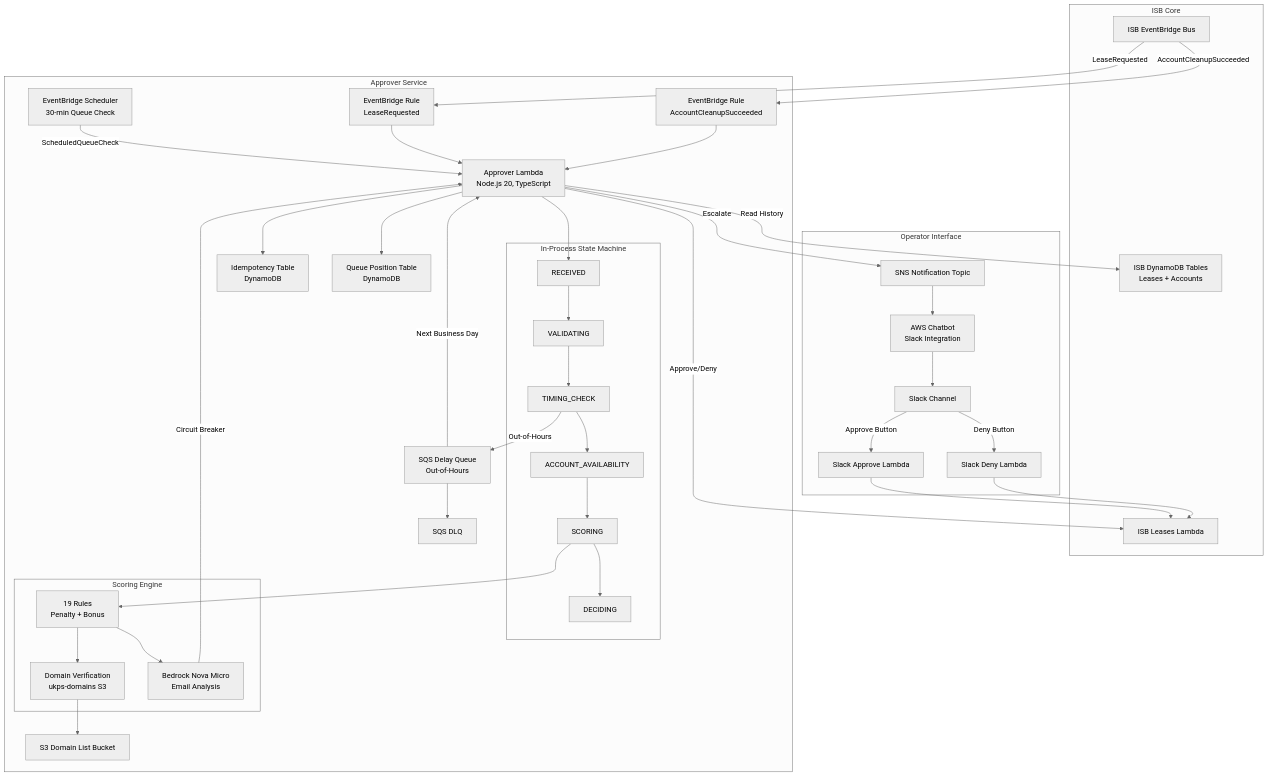
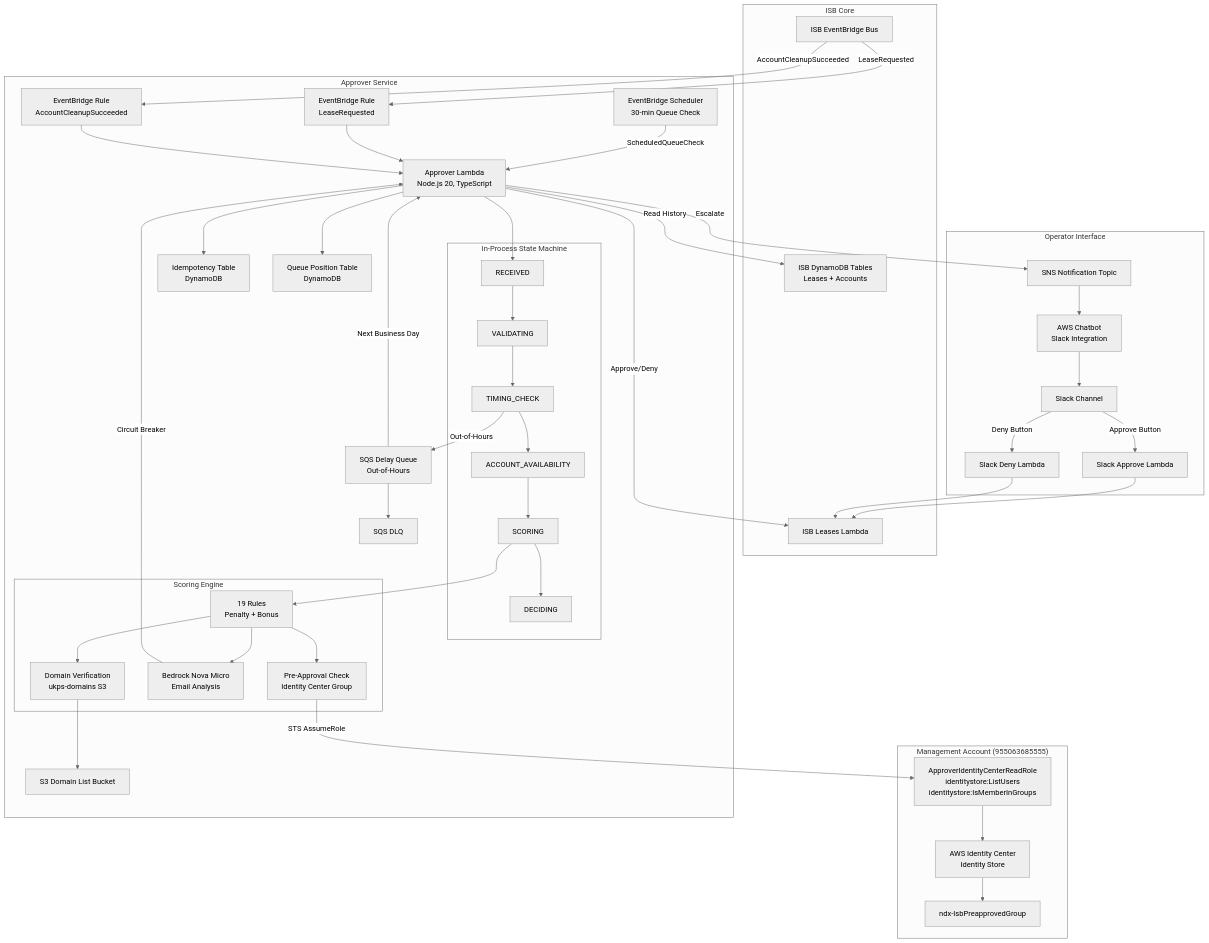
One commit to co-cddo/ndx-try-arch changed the first of 3 diagrams in docs/20-approver-system.md. Above: the diagram before and after it, drawn with Mermaid (neutral theme). The commit also changed other lines of this file and 34 other files, not shown here.

First line of the commit message:
docs: update NDX architecture documentation (#12)

```diff
--- a/docs/20-approver-system.md
+++ b/docs/20-approver-system.md
@@ -20,6 +20,12 @@
         ISB_EB[ISB EventBridge Bus]
         ISB_DDB[ISB DynamoDB Tables<br/>Leases + Accounts]
         ISB_LAMBDA[ISB Leases Lambda]
+    end
+
+    subgraph "Management Account (955063685555)"
+        IC[AWS Identity Center<br/>Identity Store]
+        IC_ROLE[ApproverIdentityCenterReadRole<br/>identitystore:ListUsers<br/>identitystore:IsMemberInGroups]
+        IC_GROUP[ndx-IsbPreapprovedGroup]
     end
 
     subgraph "Approver Service"
@@ -42,6 +48,7 @@
             RULES[19 Rules<br/>Penalty + Bonus]
             DOMAIN[Domain Verification<br/>ukps-domains S3]
             AI[Bedrock Nova Micro<br/>Email Analysis]
+            PREAPPROVE[Pre-Approval Check<br/>Identity Center Group]
         end
 
         SQS[SQS Delay Queue<br/>Out-of-Hours]
@@ -70,8 +77,12 @@
     SM_SCORE --> RULES
     RULES --> DOMAIN
     RULES --> AI
+    RULES --> PREAPPROVE
     DOMAIN --> S3_DOMAINS
     AI -->|Circuit Breaker| LAMBDA
+    PREAPPROVE -->|STS AssumeRole| IC_ROLE
+    IC_ROLE --> IC
+    IC --> IC_GROUP
 
     SM_TIME -->|Out-of-Hours| SQS
     SQS --> SQS_DLQ
```
